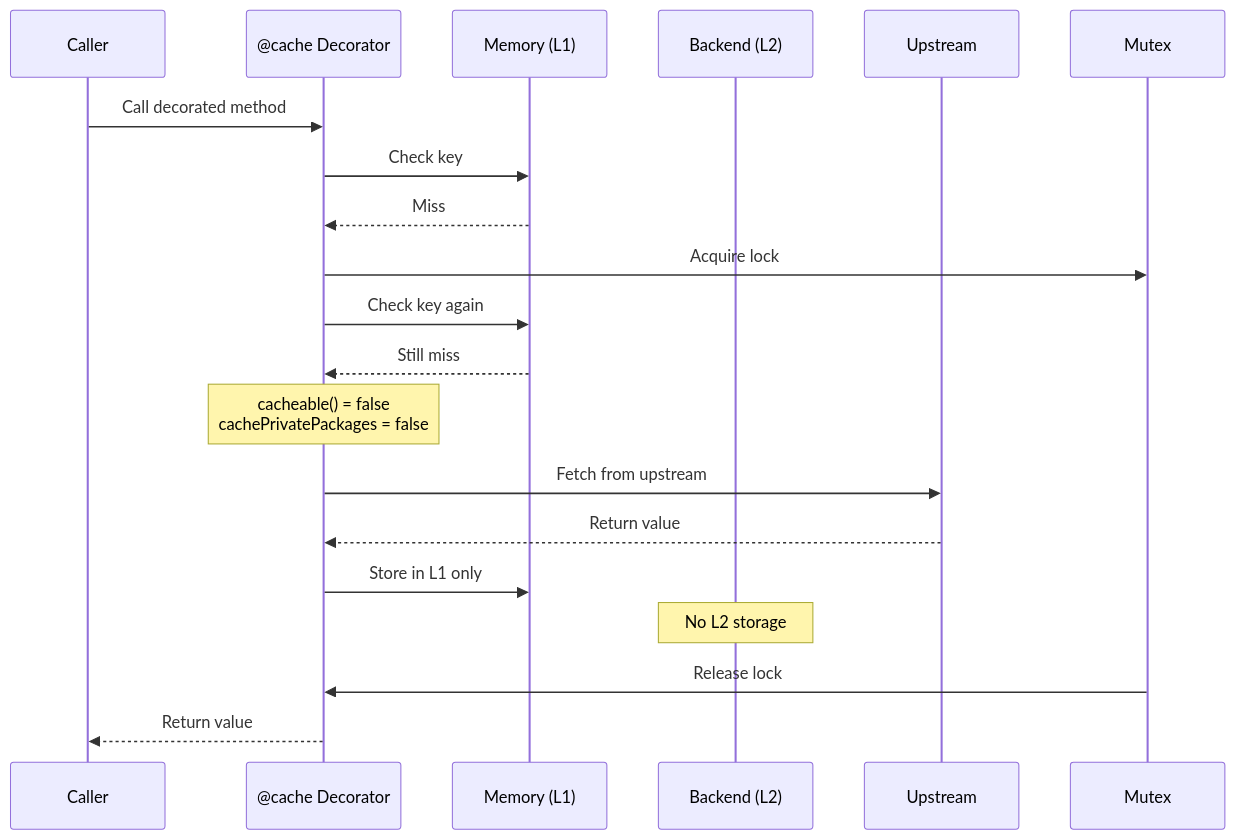
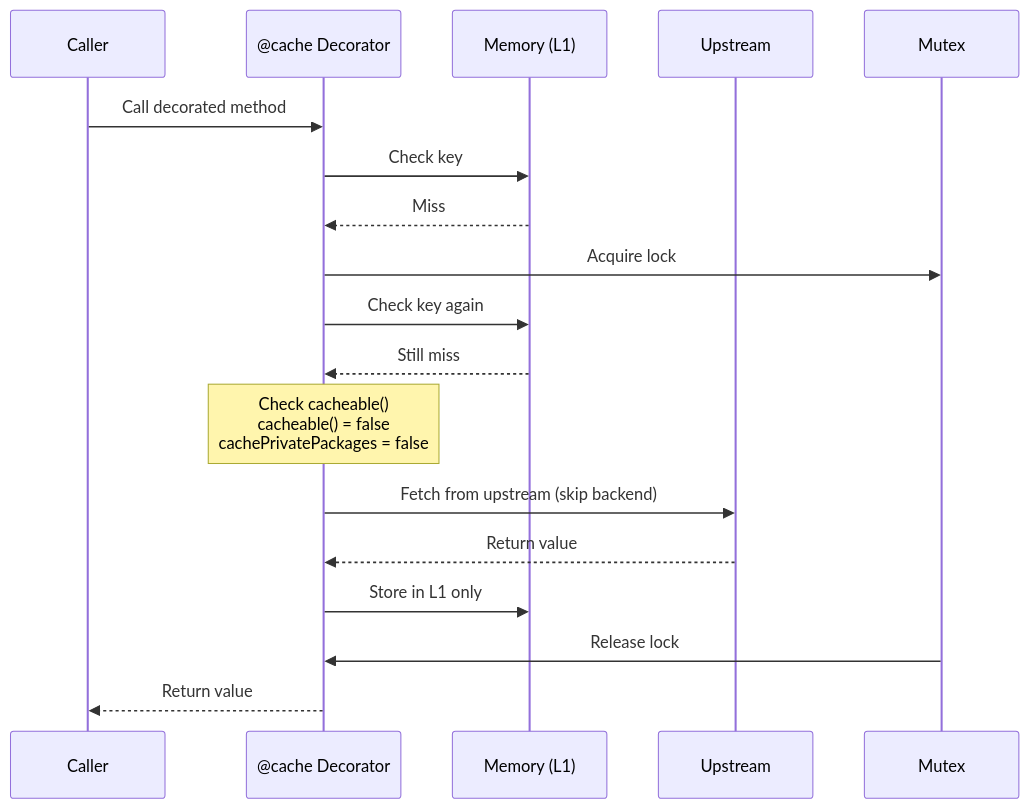
The fifth of 9 diagrams in lib/util/cache/package/readme.md (renovatebot/renovate), drawn with Mermaid before and after one commit. The commit also changed other lines of this file, not shown here.

````diff
--- a/lib/util/cache/package/readme.md
+++ b/lib/util/cache/package/readme.md
@@ -133,27 +139,25 @@
 ```mermaid
 sequenceDiagram
     participant C as Caller
     participant D as @cache Decorator
     participant M as Memory (L1)
-    participant B as Backend (L2)
     participant U as Upstream
     participant X as Mutex
 
     C->>D: Call decorated method
     D->>M: Check key
     M-->>D: Miss
 
     D->>X: Acquire lock
     D->>M: Check key again
     M-->>D: Still miss
 
-    Note over D: cacheable() = false<br/>cachePrivatePackages = false
+    Note over D: Check cacheable()<br/>cacheable() = false<br/>cachePrivatePackages = false
 
-    D->>U: Fetch from upstream
+    D->>U: Fetch from upstream (skip backend)
     U-->>D: Return value
 
     D->>M: Store in L1 only
-    Note over B: No L2 storage
     X->>D: Release lock
     D-->>C: Return value
 ```
````
